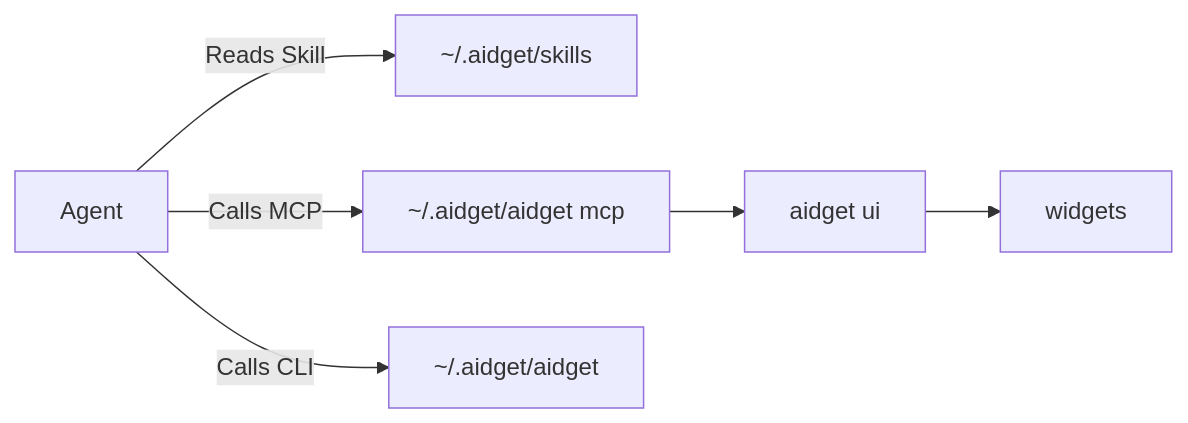
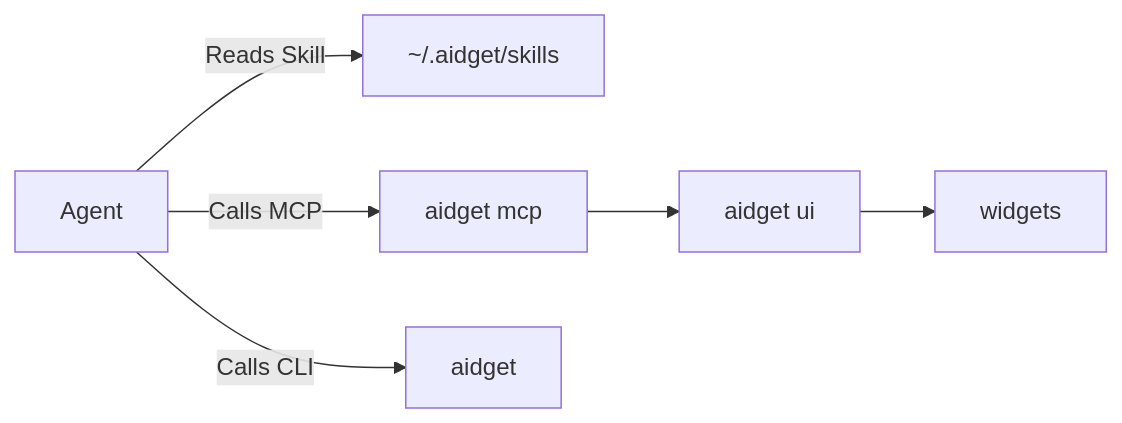
The diagram in README.md (aidget-ai/aidget), drawn with Mermaid before and after one commit. The commit also changed other lines of this file and 15 other files, not shown here.

````diff
--- a/README.md
+++ b/README.md
@@ -101,9 +101,9 @@
 ```mermaid
 flowchart LR
     A["Agent"]
     A -->|"Reads Skill"| S["~/.aidget/skills"]
-    A -->|"Calls MCP"| M["~/.aidget/aidget mcp"]
-    A -->|"Calls CLI"| C["~/.aidget/aidget"]
+    A -->|"Calls MCP"| M["aidget mcp"]
+    A -->|"Calls CLI"| C["aidget"]
     M --> U["aidget ui"]
     U --> W["widgets"]
 ```
````
